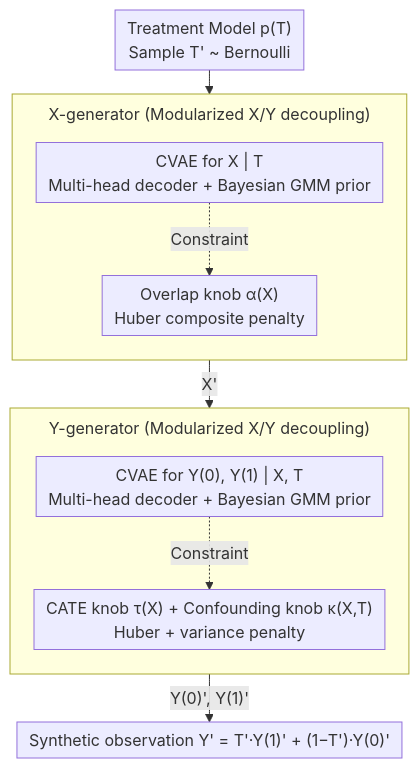
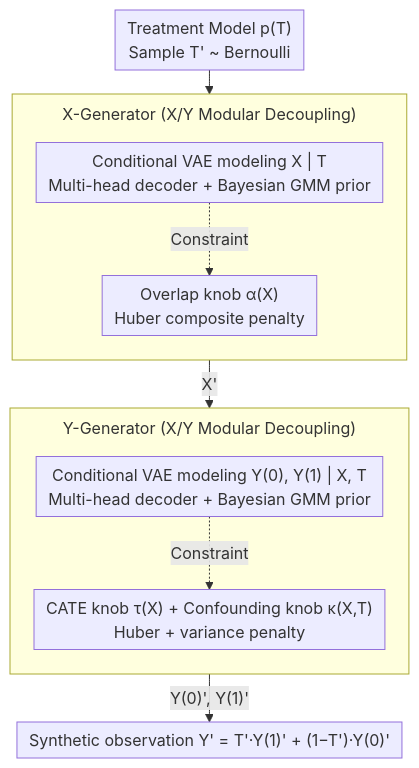
One commit to zhaoyang97/Paper-Notes-en changed the diagram in docs/ICML2026/causal_inference/controllable_generative_sandbox_for_causal_inference.md. Above: the diagram before and after it, drawn with Mermaid. The commit also changed other lines of this file and 5084 other files, not shown here.

````diff
--- a/docs/ICML2026/causal_inference/controllable_generative_sandbox_for_causal_inference.md
+++ b/docs/ICML2026/causal_inference/controllable_generative_sandbox_for_causal_inference.md
@@ -56,20 +56,20 @@
 ```mermaid
 %%{init: {'flowchart': {'rankSpacing': 24, 'nodeSpacing': 28, 'padding': 6, 'wrappingWidth': 400, 'subGraphTitleMargin': {'top': 8, 'bottom': 16}}}}%%
 flowchart TD
     T["Treatment Model p(T)<br/>Sample T' ~ Bernoulli"]
-    subgraph GX["X-generator (Modularized X/Y decoupling)"]
+    subgraph GX["X-Generator (X/Y Modular Decoupling)"]
         direction TB
-        X1["CVAE for X | T<br/>Multi-head decoder + Bayesian GMM prior"]
+        X1["Conditional VAE modeling X | T<br/>Multi-head decoder + Bayesian GMM prior"]
         X2["Overlap knob α(X)<br/>Huber composite penalty"]
         X1 -.Constraint.-> X2
     end
-    subgraph GY["Y-generator (Modularized X/Y decoupling)"]
+    subgraph GY["Y-Generator (X/Y Modular Decoupling)"]
         direction TB
-        Y1["CVAE for Y(0), Y(1) | X, T<br/>Multi-head decoder + Bayesian GMM prior"]
+        Y1["Conditional VAE modeling Y(0), Y(1) | X, T<br/>Multi-head decoder + Bayesian GMM prior"]
         Y2["CATE knob τ(X) + Confounding knob κ(X,T)<br/>Huber + variance penalty"]
         Y1 -.Constraint.-> Y2
     end
     T --> GX
     GX -->|"X'"| GY
     GY -->|"Y(0)', Y(1)'"| O["Synthetic observation Y' = T'·Y(1)' + (1−T')·Y(0)'"]
 ```
````
